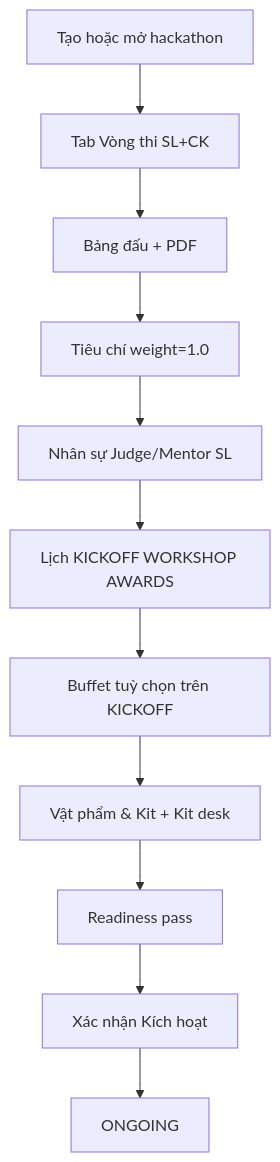
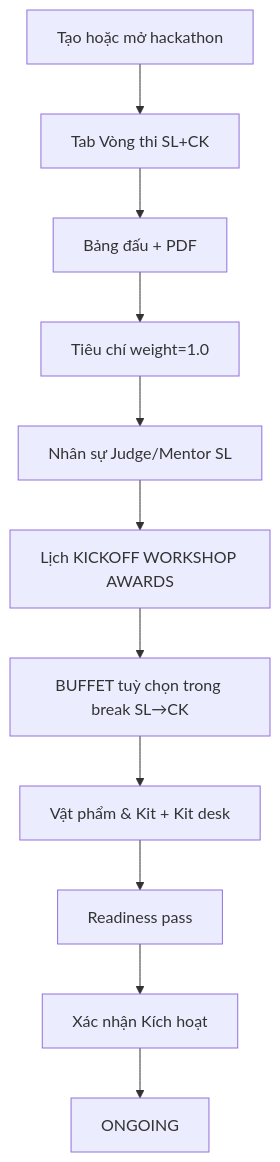
The diagram in docs/defense-panel/gd1-defense-playbook.md (MANAGEMENT-SEAL-HACKATHON/BE), drawn with Mermaid before and after one commit. The commit also changed other lines of this file and 37 other files, not shown here.

````diff
--- a/docs/defense-panel/gd1-defense-playbook.md
+++ b/docs/defense-panel/gd1-defense-playbook.md
@@ -62,13 +62,13 @@
 ```mermaid
 flowchart TD
   A[Tạo hoặc mở hackathon] --> B[Tab Vòng thi SL+CK]
   B --> C[Bảng đấu + PDF]
   C --> D[Tiêu chí weight=1.0]
   D --> E[Nhân sự Judge/Mentor SL]
   E --> F[Lịch KICKOFF WORKSHOP AWARDS]
-  F --> F2[Buffet tuỳ chọn trên KICKOFF]
+  F --> F2[BUFFET tuỳ chọn trong break SL→CK]
   F2 --> K[Vật phẩm & Kit + Kit desk]
   K --> G[Readiness pass]
   G --> H[Xác nhận Kích hoạt]
   H --> I[ONGOING]
 ```
````
